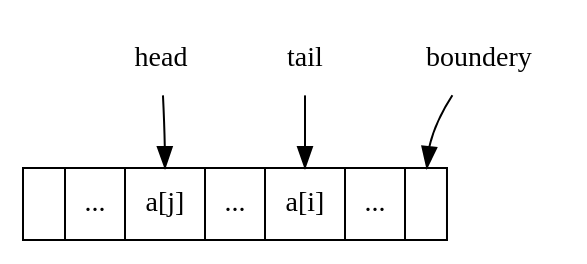
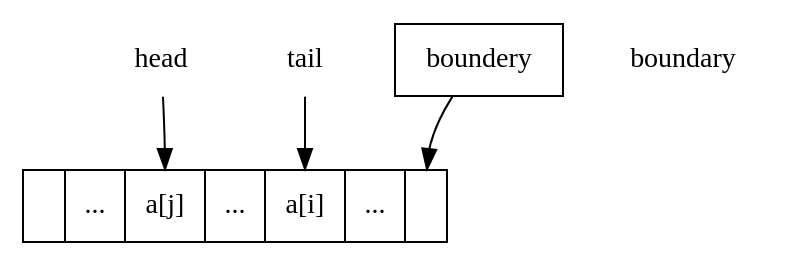
One commit to liuxinyu95/AlgoXY changed the diagram in datastruct/elementary/queue/img/ring-buf-2.dot. Above: the diagram before and after it, drawn with Graphviz. The commit also changed 1 other file, not shown here.

```diff
--- a/datastruct/elementary/queue/img/ring-buf-2.dot
+++ b/datastruct/elementary/queue/img/ring-buf-2.dot
@@ -1,11 +1,11 @@
 digraph G{
 	margin="0"
 	node[shape=record]
 	buf[label=" |...|<h>a[j]|...|<t>a[i]|...|<max>"];
 	head[shape=plaintext];
 	tail[shape=plaintext];
-	boundery[shape=plaintext];
+	boundary[shape=plaintext];
 	head->buf:h;
 	tail->buf:t;
 	boundery->buf:max;
 }
```
